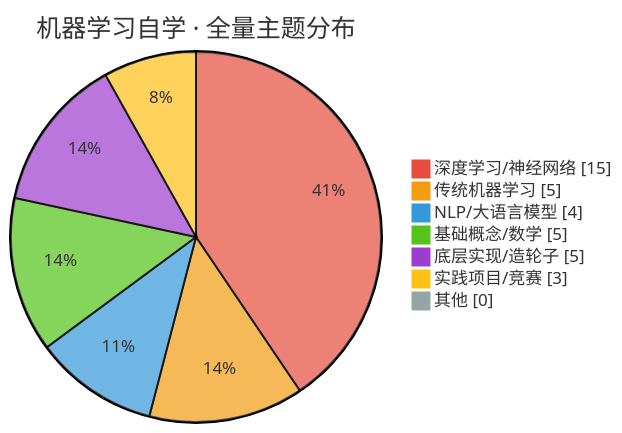
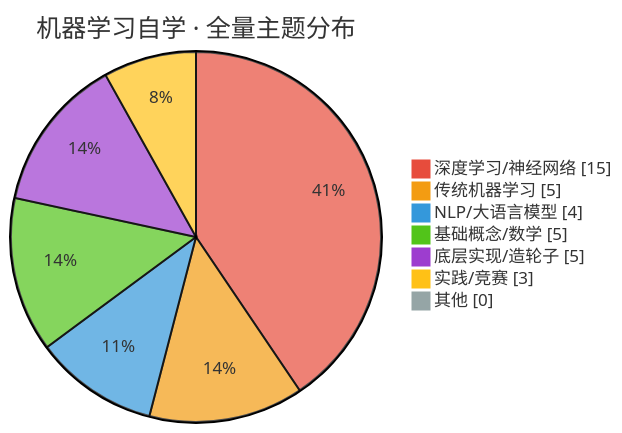
One commit to donggengmo-ad/Daily_Learning changed the first of 2 diagrams in 机器学习自学/学习管理/学习历程/2026-08.md. Above: the diagram before and after it, drawn with Mermaid. The commit also changed other lines of this file and 222 other files, not shown here.

````diff
--- a/机器学习自学/学习管理/学习历程/2026-08.md
+++ b/机器学习自学/学习管理/学习历程/2026-08.md
@@ -43,23 +43,23 @@
 ```mermaid
 ---
 config:
   theme: base
   themeVariables:
     pie1: '#E74C3C'
     pie2: '#F39C12'
     pie3: '#3498DB'
     pie4: '#52C41A'
     pie5: '#9D3DCF'
     pie6: '#FFC116'
     pie7: '#95A5A6'
 ---
 pie showData
     title 机器学习自学 · 全量主题分布
     "深度学习/神经网络" : 15
     "传统机器学习" : 5
     "NLP/大语言模型" : 4
     "基础概念/数学" : 5
     "底层实现/造轮子" : 5
-    "实践项目/竞赛" : 3
+    "实践/竞赛" : 3
     "其他" : 0
 ```
````
